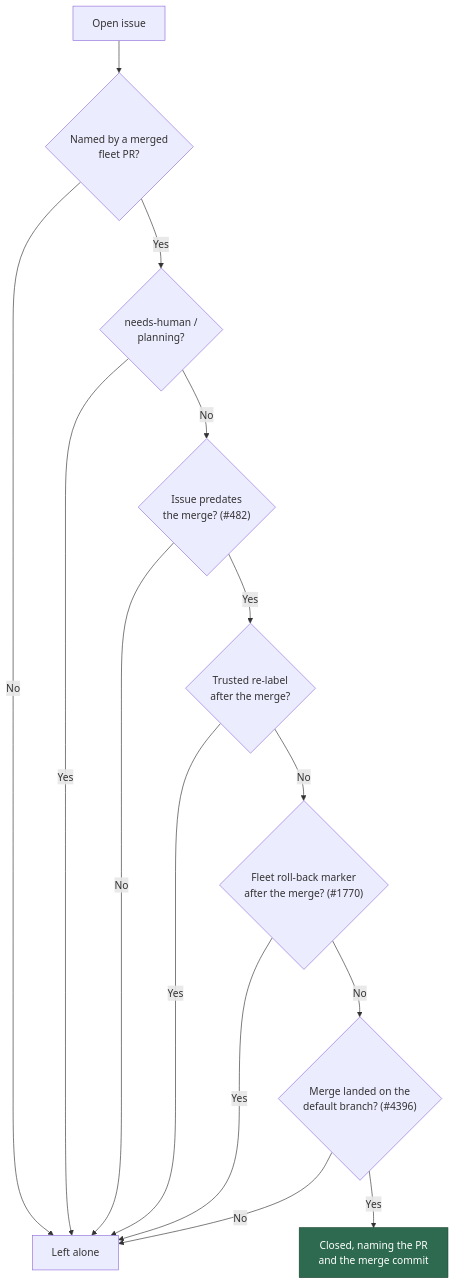
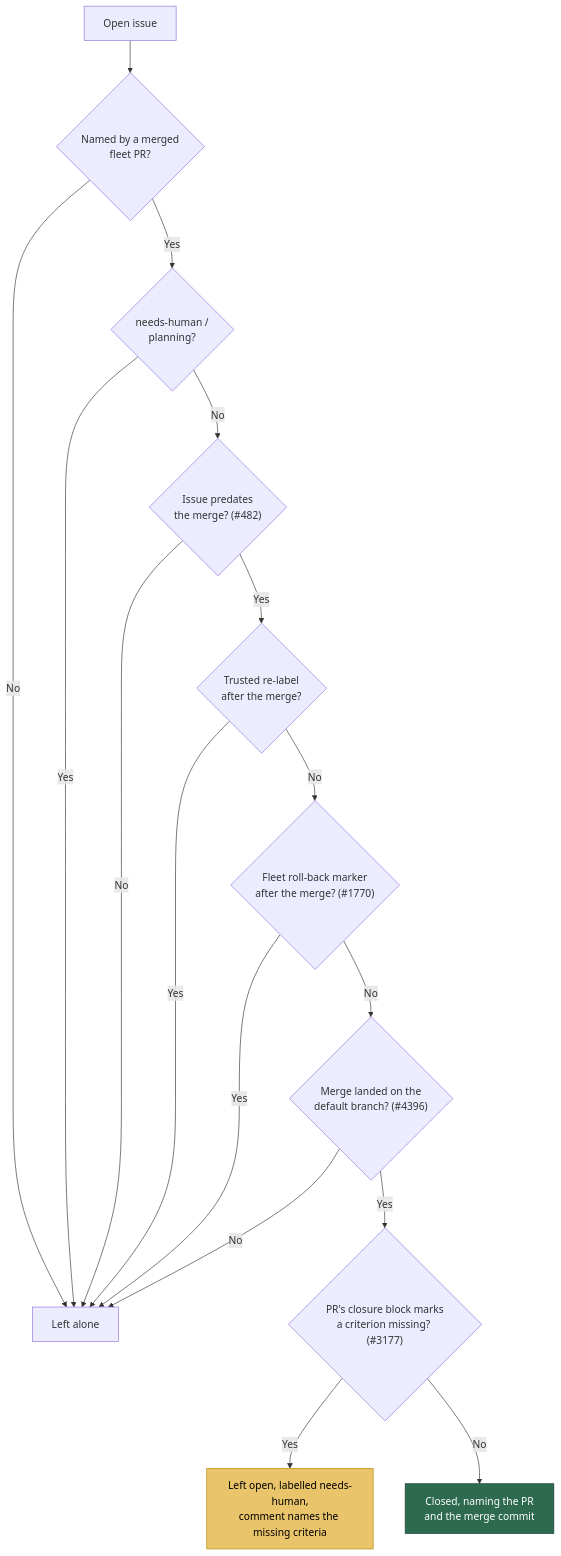
The second of 46 diagrams in docs/INTERNALS.md (stSoftwareAU/VibeCoder), drawn with Mermaid before and after one commit. The commit also changed other lines of this file and 12 other files, not shown here.

First line of the commit message:
Hold an issue open when its PR marks a criterion missing (#3177) (#3187)

````diff
--- a/docs/INTERNALS.md
+++ b/docs/INTERNALS.md
@@ -370,17 +381,20 @@
 ```mermaid
 flowchart TD
     A["Open issue"] --> B{"Named by a merged<br/>fleet PR?"}
     B -->|No| Z["Left alone"]
     B -->|Yes| C{"needs-human /<br/>planning?"}
     C -->|Yes| Z
     C -->|No| D{"Issue predates<br/>the merge? (#482)"}
     D -->|No| Z
     D -->|Yes| E{"Trusted re-label<br/>after the merge?"}
     E -->|Yes| Z
     E -->|No| R{"Fleet roll-back marker<br/>after the merge? (#1770)"}
     R -->|Yes| Z
     R -->|No| F{"Merge landed on the<br/>default branch? (#4396)"}
     F -->|No| Z
-    F -->|Yes| G["Closed, naming the PR<br/>and the merge commit"]
+    F -->|Yes| M{"PR's closure block marks<br/>a criterion missing? (#3177)"}
+    M -->|Yes| H["Left open, labelled needs-human,<br/>comment names the missing criteria"]
+    M -->|No| G["Closed, naming the PR<br/>and the merge commit"]
     style G fill:#2d6a4f,stroke:#1b4332,color:#fff
+    style H fill:#e9c46a,stroke:#b08900,color:#000
 ```
````
